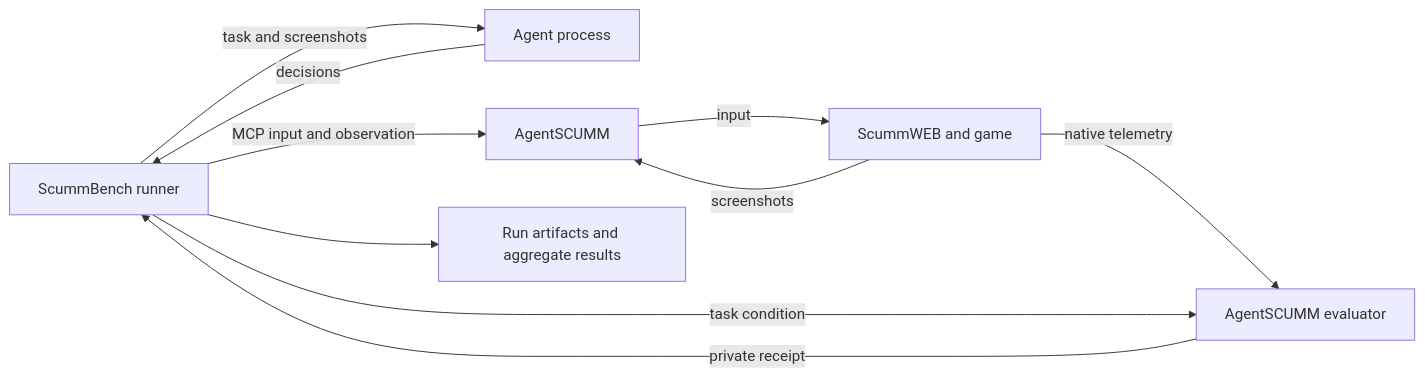
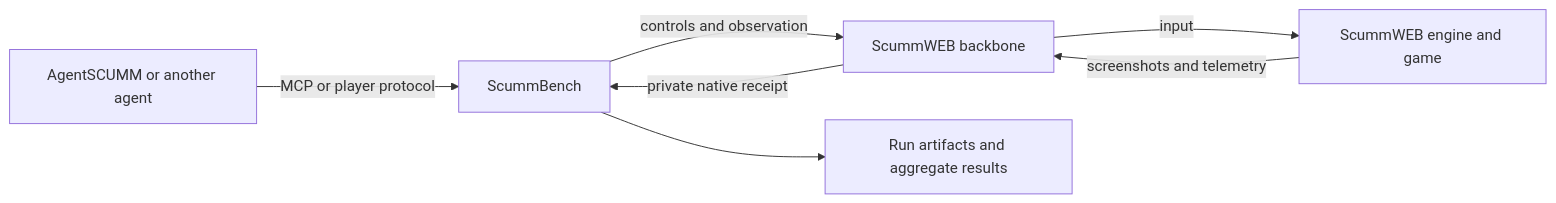
One commit to tsilva/scummbench changed the diagram in docs/architecture.md. Above: the diagram before and after it, drawn with Mermaid. The commit also changed other lines of this file and 48 other files, not shown here.

Commit message:
Use ScummWEB backbone and add results explorer and W&B reporting

````diff
--- a/docs/architecture.md
+++ b/docs/architecture.md
@@ -12,12 +12,9 @@
 ```mermaid
 flowchart LR
-  Runner[ScummBench runner] -->|task and screenshots| Agent[Agent process]
-  Agent -->|decisions| Runner
-  Runner -->|MCP input and observation| Controls[AgentSCUMM]
-  Controls -->|input| Engine[ScummWEB and game]
-  Engine -->|screenshots| Controls
-  Engine -->|native telemetry| Evaluator[AgentSCUMM evaluator]
-  Runner -->|task condition| Evaluator
-  Evaluator -->|private receipt| Runner
-  Runner --> Archive[Run artifacts and aggregate results]
+  Agent[AgentSCUMM or another agent] -->|MCP or player protocol| Bench[ScummBench]
+  Bench -->|controls and observation| Backbone[ScummWEB backbone]
+  Backbone -->|input| Engine[ScummWEB engine and game]
+  Engine -->|screenshots and telemetry| Backbone
+  Backbone -->|private native receipt| Bench
+  Bench --> Archive[Run artifacts and aggregate results]
 ```
````
